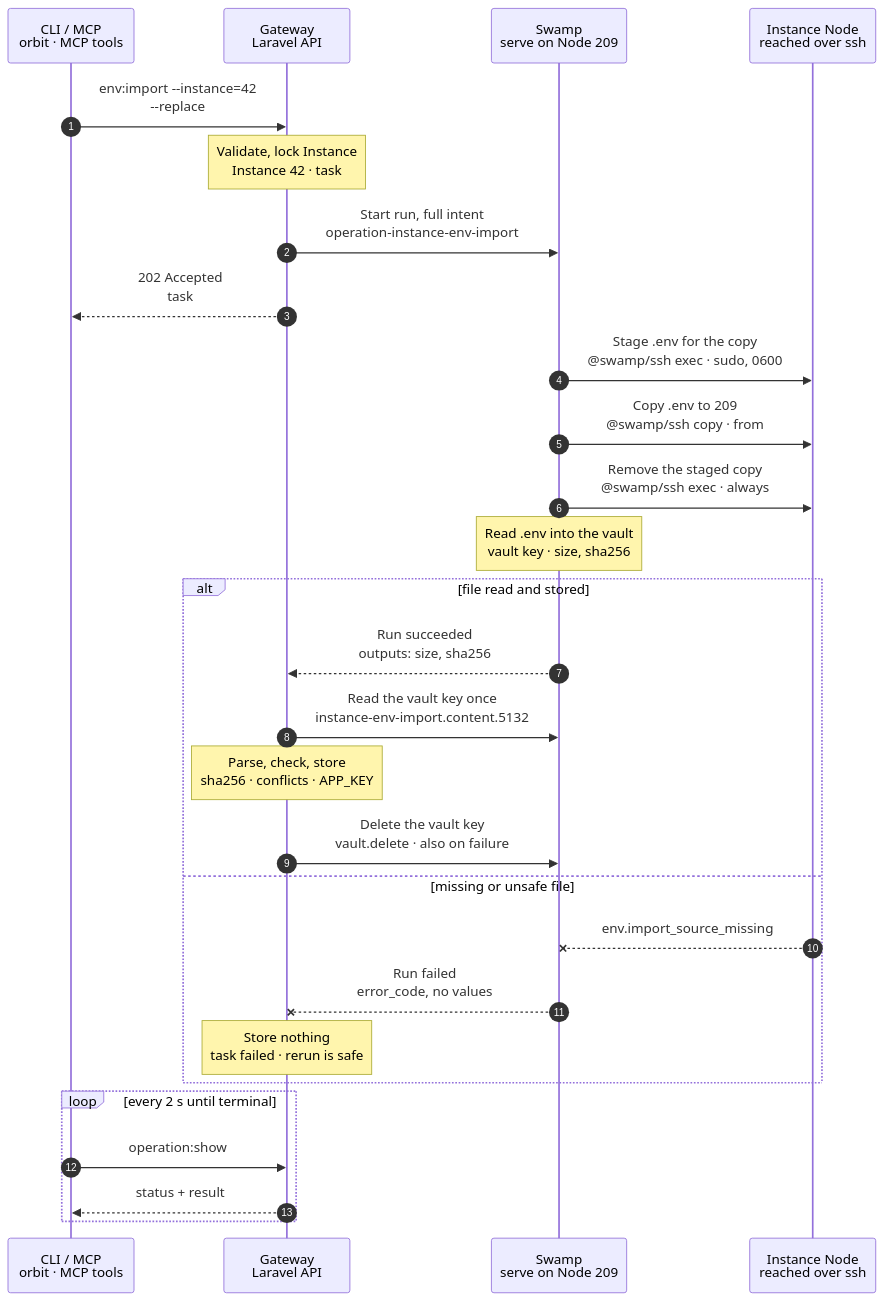
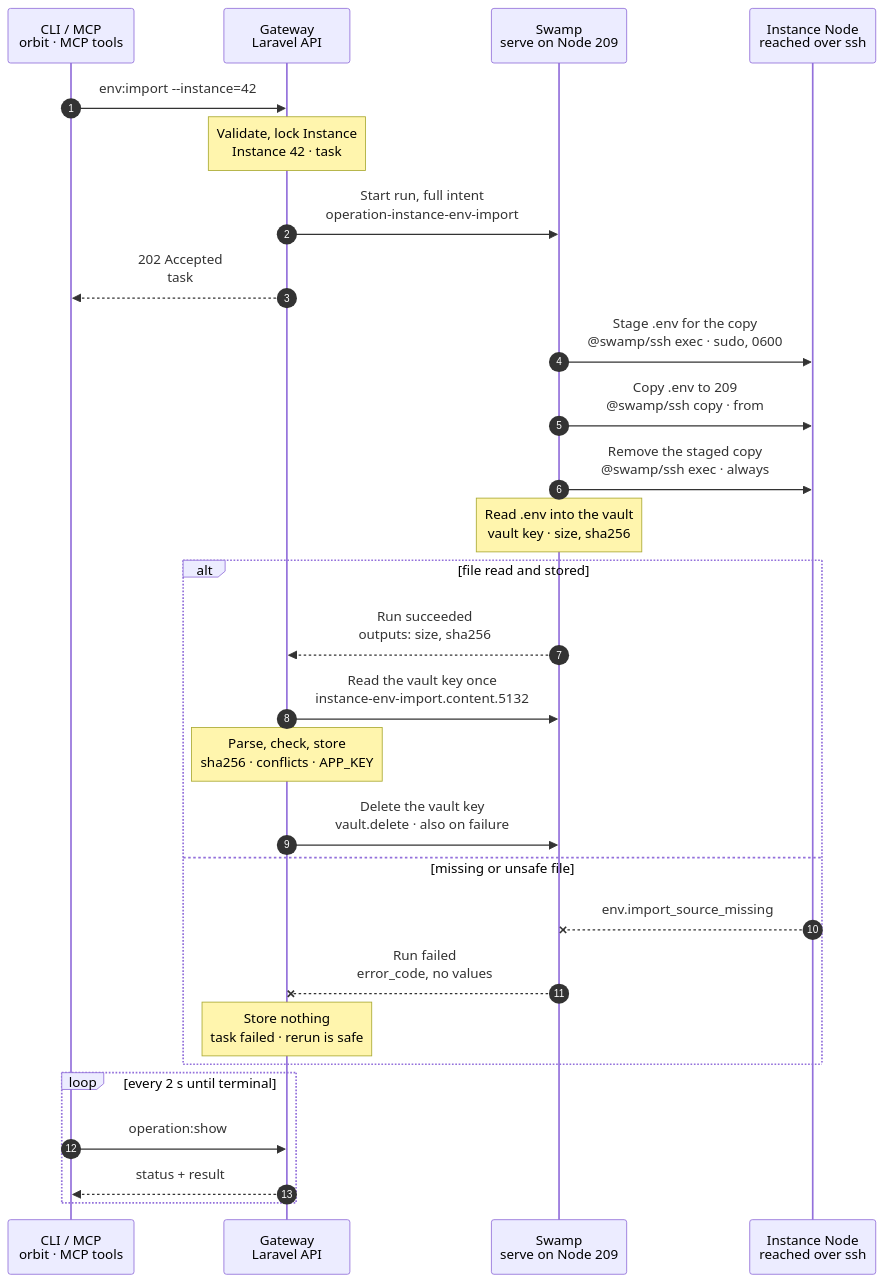
Before and after one commit to hardimpactdev/orbit: the diagram in docs/cli/env/import.mmd, drawn with Mermaid. The commit also changed 7 other files, not shown here.

Commit message:
docs(env,firewall,doctor,github): draw required parameters on the main path (flow rule 23)

```diff
--- a/docs/cli/env/import.mmd
+++ b/docs/cli/env/import.mmd
@@ -1,124 +1,124 @@
 sequenceDiagram
   %% Target design: ADR 0244 task, R2-R4, orbit-gateway-renders-create-env (Gateway owns .env), DECISIONS instance.env_import (vault key instance-env-import.content.<operation_id>, read once, then deleted; retire agent command instance.read-environment). docs/reference/environment-variables.md#import.
   %% Tightened: flow-tighten 2026-11-02, rules 6, 16 (file check folded into the read).
   %% Ported: the official @swamp/ssh behavior has no read-into-vault method, so the read is three ssh steps (stage, copy, remove) and one store step on 209.
   %% status: migrated
   %% command: env:import
   %% kind: instance.env_import
   autonumber
   %% lane CLI icon=terminal pill=caller tone=gray
   %% lane GW icon=gateway pill=intent tone=blue
   %% lane SW icon=workflow pill=executes tone=green
   %% lane N icon=server pill=target tone=amber
   participant CLI as CLI / MCP<br/>orbit · MCP tools
   participant GW as Gateway<br/>Laravel API
   participant SW as Swamp<br/>serve on Node 209
   participant N as Instance Node<br/>reached over ssh
-  CLI->>GW: env:import --instance=42<br/>--replace
+  CLI->>GW: env:import --instance=42
   %%> Command:
-  %%> - `orbit env:import --instance=42 --replace`
+  %%> - `orbit env:import --instance=42`
   %%> - syntax: `env:import --instance=SELECTOR [--replace] [--json]`
   %%> Input:
   %%> - the Instance: a numeric Instance ID or the exact domain of its Route
   %%> - optional `--replace`: file values replace stored keys with the same name
   %%> Who can call it:
   %%> - the `orbit` CLI and the MCP tool send the same request
   %%> When to use it:
   %%> - to adopt the `.env` of a registered checkout, or keys that someone added on the Node
   %%> - this is the one place where environment values come from a Node
   Note over GW: Validate, lock Instance<br/>Instance 42 · task #5132
   %%> Requirements:
   %%> - your Node has an access grant to Node 12, the Node of Instance 42
   %%> - Instance 42 is active, with complete placement, and Node 12 is active
   %%> - no other task holds Instance 42; the Gateway holds one lock per Instance and waits briefly for a busy one
   %%> Result:
   %%> - task #5132 recorded with the full intent and the `--replace` choice
   %%> - nothing has happened on the Node yet
   GW->>SW: Start run, full intent<br/>operation-instance-env-import
   %%> What it does:
   %%> - starts one Swamp run on serve (Node 209)
   %%> Inputs:
   %%> - Node 12's address and SSH host keys; the SSH identity comes from the `swamp` role
   %%> - the account and the `.env` path from the Instance's placement; the caller cannot choose them
   %%> - the vault key to write: `instance-env-import.content.5132`
   GW-->>CLI: 202 Accepted<br/>task #5132
   %%> What you get:
   %%> - the task number, at once
   %%> Next:
   %%> - the CLI follows the task with `operation:show`
   SW->>N: Stage .env for the copy<br/>@swamp/ssh exec · sudo, 0600
   %%> How:
   %%> - Swamp reaches Node 12 over SSH from 209 with the official `@swamp/ssh` behavior
   %%> What it does:
   %%> - checks that `.env` is a regular file of the Instance account, not a link, and at most 1 MiB
   %%> - copies it to a private 0600 file of the SSH account in `/tmp`
   %%> - refuses anything else with `env.import_source_missing`; never reads `.env.example`
   SW->>N: Copy .env to 209<br/>@swamp/ssh copy · from
   %%> What it does:
   %%> - copies the staged file from Node 12 to a private file on Node 209
   %%> Why a separate step:
   %%> - the official behavior has no method that returns file bytes into the vault
   SW->>N: Remove the staged copy<br/>@swamp/ssh exec · always
   %%> What it does:
   %%> - deletes the staged file on Node 12, also after a failed copy
   %%> Result:
   %%> - the Node holds no copy of the values; `.env` itself stays the same
   Note over SW: Read .env into the vault<br/>vault key · size, sha256
   %%> What it does:
   %%> - reads the copy on 209, puts the raw bytes in the vault key `instance-env-import.content.5132`, and deletes the copy
   %%> Why the vault:
   %%> - values are secrets; they never enter run inputs, outputs or logs
   %%> Not included:
   %%> - parses nothing; the Gateway owns the import rules
   alt file read and stored
     SW-->>GW: Run succeeded<br/>outputs: size, sha256
     %%> How the Gateway learns it:
     %%> - its shared run reader sees the terminal event; Swamp never calls the Gateway
     %%> Outputs:
     %%> - the file size and its sha256, no values
     GW->>SW: Read the vault key once<br/>instance-env-import.content.5132
     %%> What it does:
     %%> - reads the bytes from Swamp's vault on Node 209, once
     %%> Why:
     %%> - this is the only direction change of R3: the values flow Node → vault → Gateway
     Note over GW: Parse, check, store<br/>sha256 · conflicts · APP_KEY
     %%> What it does:
     %%> - checks the sha256 against the run output; a mismatch stores nothing (`env.import_unconfirmed`)
     %%> - parses the file as phpdotenv does: quotes, escapes, multiline values, expansion within the file
     %%> - Laravel: stores `APP_URL` as `https://{{instance.domain}}`; an empty `APP_KEY` reuses the stored key or gets a new one
     %%> Result:
     %%> - the keys are stored encrypted; task #5132 succeeds with `changed` and the key count
     %%> - without `--replace`, a key that is already stored stores nothing and fails the task (`env.import_conflict`)
     %%> - a duplicate key or invalid syntax stores nothing (`env.configuration_invalid`)
     %%> Not included:
     %%> - the file on the Node stays the same; run `env:sync` to write it
     GW->>SW: Delete the vault key<br/>vault.delete · also on failure
     %%> What it does:
     %%> - deletes the vault key with the native `vault.delete` frame, also after a refused import or a failed run
     %%> Why:
     %%> - the key held the file's values; nothing keeps them after the import
   else missing or unsafe file
     N--xSW: env.import_source_missing
     %%> When:
     %%> - the file is missing, a link, owned by another user, or over 1 MiB
     %%> - SSH fails
     SW--xGW: Run failed<br/>error_code, no values
     %%> The Gateway reads:
     %%> - which step failed and its error code
     Note over GW: Store nothing<br/>task failed · rerun is safe
     %%> Result:
     %%> - stored configuration stays as it was
     %%> - task #5132 fails
     %%> On the Node:
     %%> - nothing changed
     %%> Retry:
     %%> - fix or restore the file, then run `env:import` again; it is a new task
   end
   loop every 2 s until terminal
     CLI->>GW: operation:show #5132
     %%> What it does:
     %%> - asks for the task's status every 2 seconds until it has ended
     GW-->>CLI: status + result
     %%> Returns:
     %%> - the current status, and the result once the task has ended
   end
```
